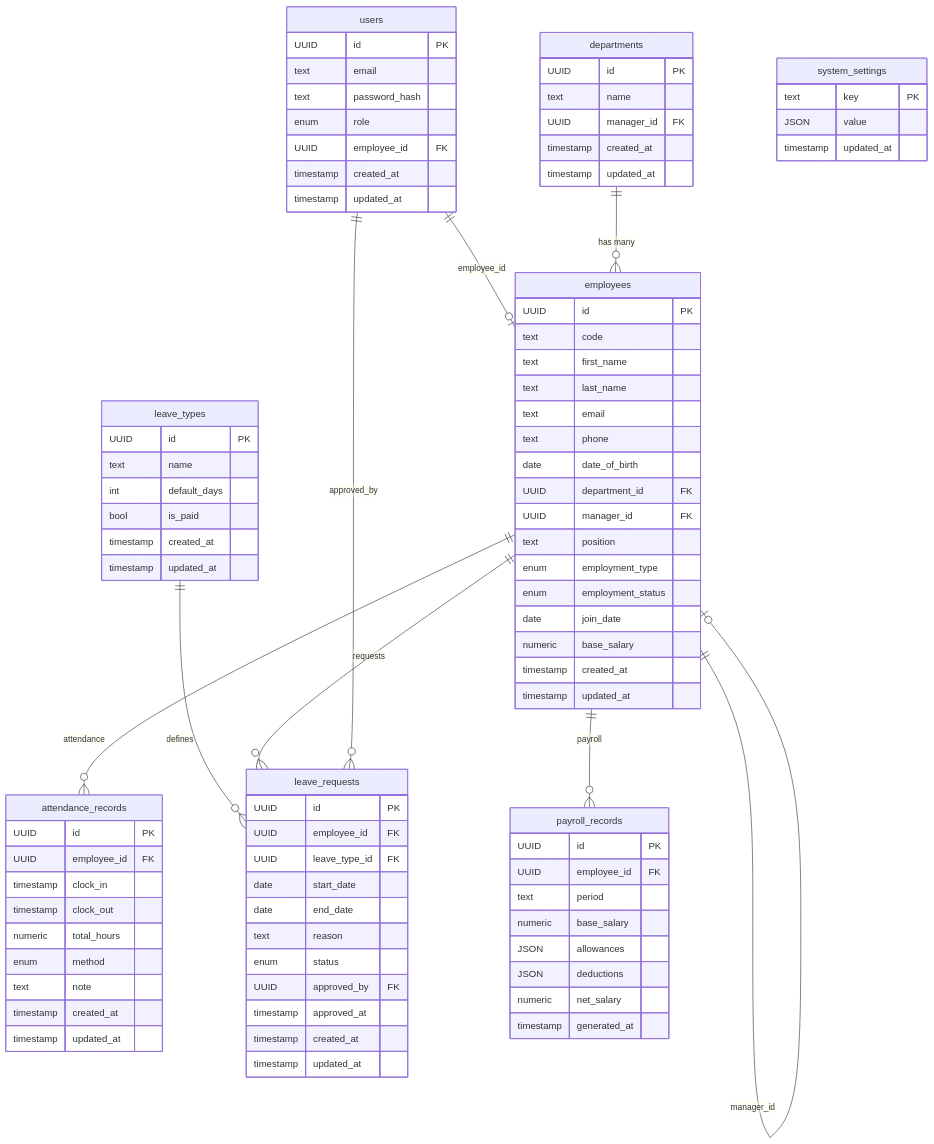
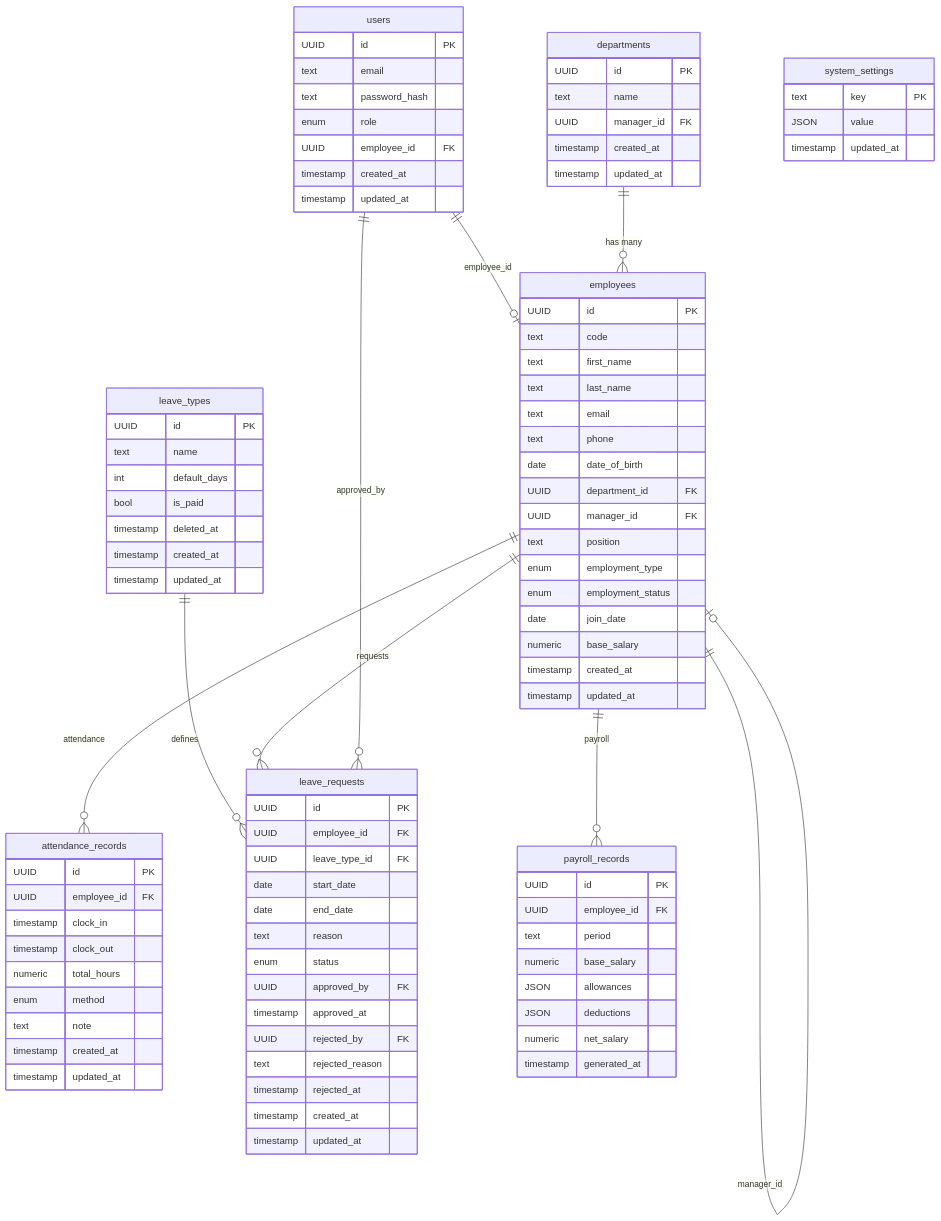
One commit to smart-hmm/smart-hmm changed the diagram in docs/diagrams/ERD.md. Above: the diagram before and after it, drawn with Mermaid. The commit also changed 64 other files, not shown here.

```diff
--- a/docs/diagrams/ERD.md
+++ b/docs/diagrams/ERD.md
@@ -63,6 +63,7 @@
     text name
     int default_days
     bool is_paid
+    timestamp deleted_at
     timestamp created_at
     timestamp updated_at
   }
@@ -77,6 +78,9 @@
     enum status
     UUID approved_by FK
     timestamp approved_at
+    UUID rejected_by FK
+    text rejected_reason
+    timestamp rejected_at
     timestamp created_at
     timestamp updated_at
   }
```
